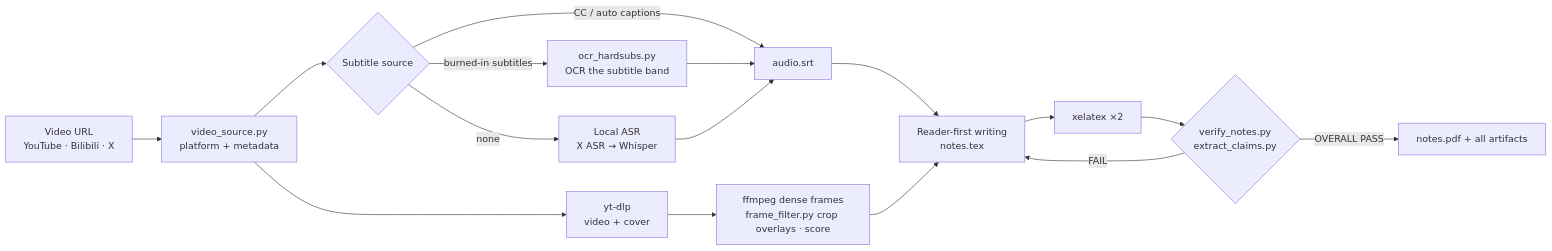
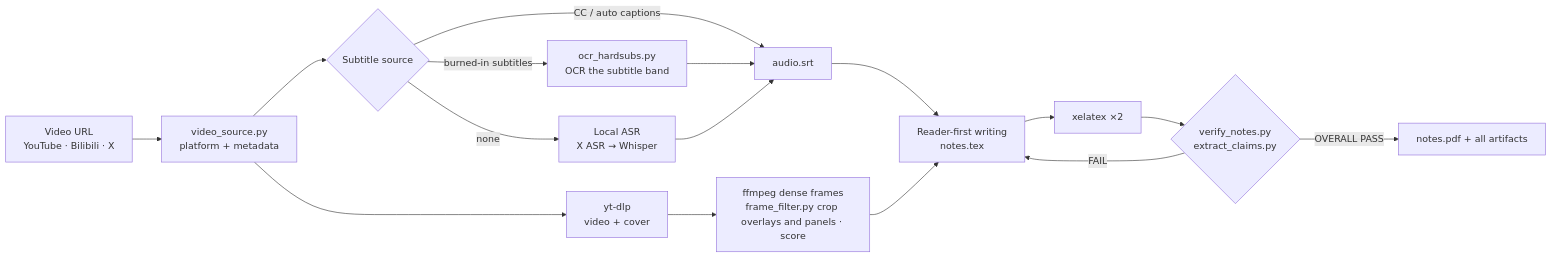
Before and after one commit to ysyecust/lecture-to-notes: the first of 2 diagrams in README.en.md, drawn with Mermaid. The commit also changed other lines of this file and 10 other files, not shown here.

First line of the commit message:
feat: crop camera-plus-slides frames to measured panels (#30)

````diff
--- a/README.en.md
+++ b/README.en.md
@@ -25,16 +25,16 @@
 ```mermaid
 flowchart LR
     A["Video URL<br/>YouTube · Bilibili · X"] --> B["video_source.py<br/>platform + metadata"]
     B --> C{"Subtitle source"}
     C -->|CC / auto captions| D["audio.srt"]
     C -->|burned-in subtitles| E["ocr_hardsubs.py<br/>OCR the subtitle band"] --> D
     C -->|none| F["Local ASR<br/>X ASR → Whisper"] --> D
     B --> G["yt-dlp<br/>video + cover"]
-    G --> H["ffmpeg dense frames<br/>frame_filter.py crop overlays · score"]
+    G --> H["ffmpeg dense frames<br/>frame_filter.py crop overlays and panels · score"]
     D --> I["Reader-first writing<br/>notes.tex"]
     H --> I
     I --> J["xelatex ×2"]
     J --> K{"verify_notes.py<br/>extract_claims.py"}
     K -->|OVERALL PASS| L["notes.pdf + all artifacts"]
     K -->|FAIL| I
 ```
````
